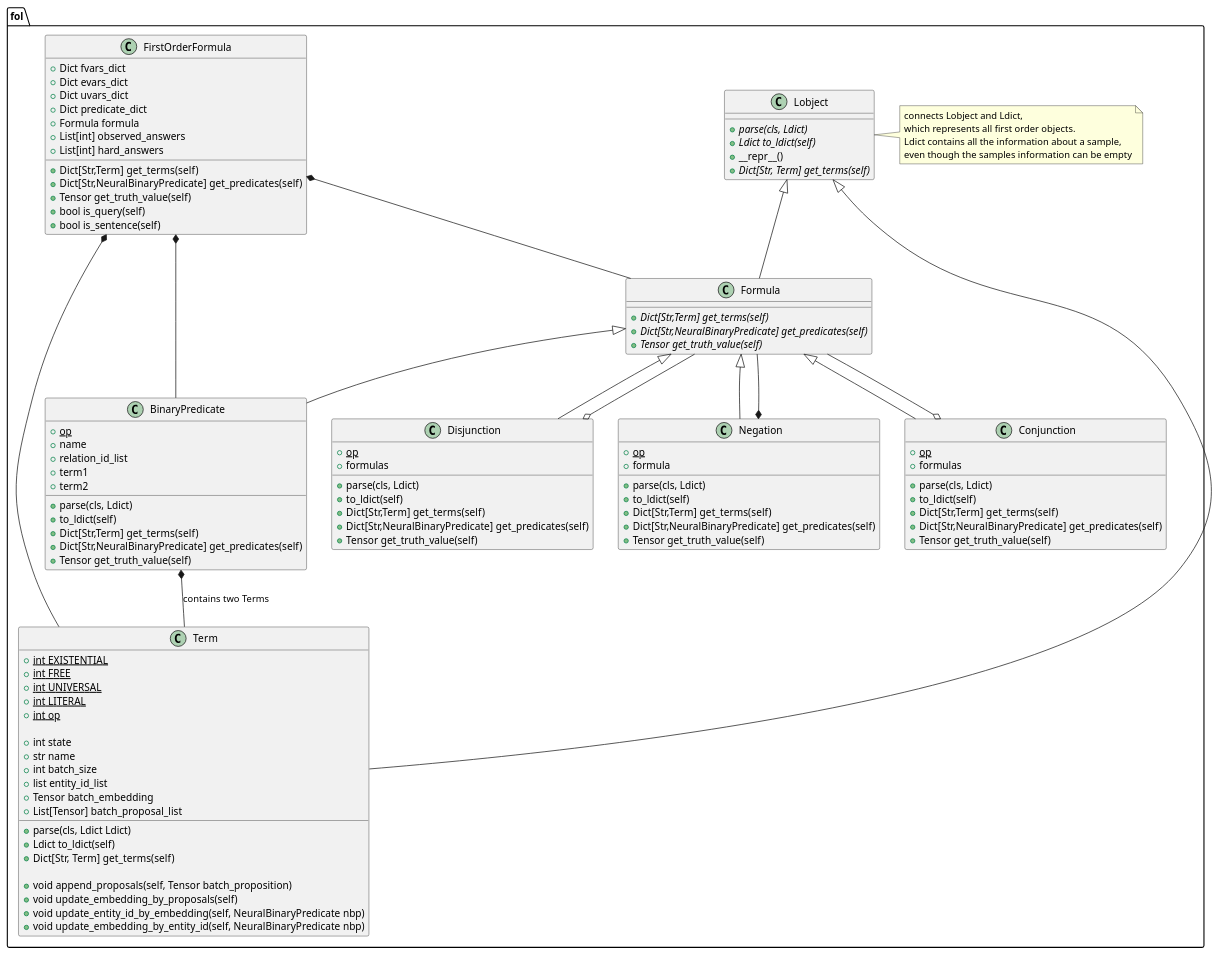
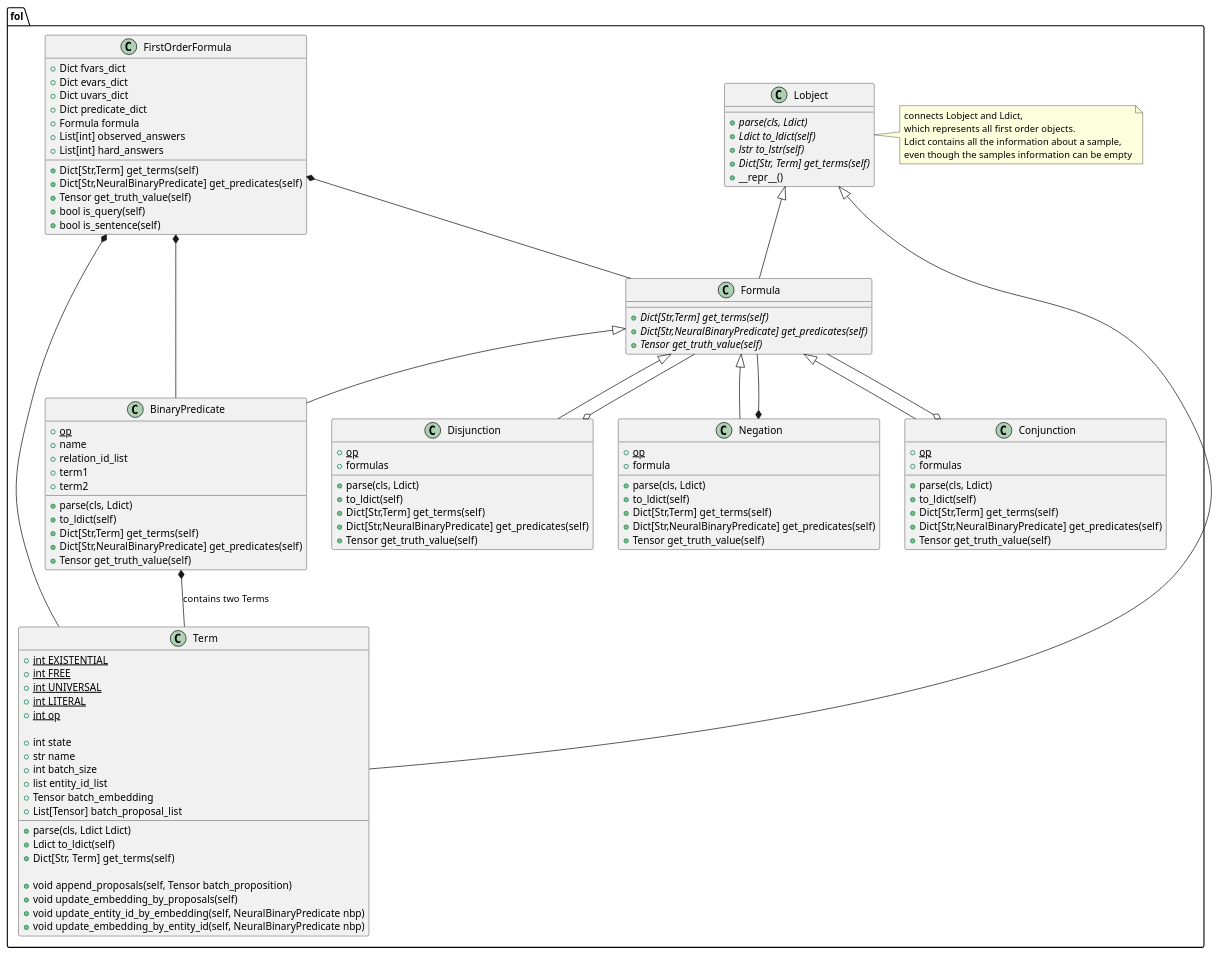
The diagram in design/tvr.pu (rabi-fei/Soft-Queries-on-Uncertain-KG), drawn with PlantUML before and after one commit. The commit also changed 14 other files, not shown here.

```diff
--- a/design/tvr.pu
+++ b/design/tvr.pu
@@ -1,127 +1,128 @@
 @startuml logical formula
 package fol {
 class Lobject {
     + {abstract} parse(cls, Ldict)
     + {abstract} Ldict to_ldict(self)
+    + {abstract} lstr to_lstr(self)
+    + {abstract} Dict[Str, Term] get_terms(self)
     + __repr__()
-    + {abstract} Dict[Str, Term] get_terms(self)
 }
 
 note right
     connects Lobject and Ldict,
     which represents all first order objects.
     Ldict contains all the information about a sample,
     even though the samples information can be empty
 end note
 
 ' TODO
 class Term {
     + {static} int EXISTENTIAL
     + {static} int FREE
     + {static} int UNIVERSAL
     + {static} int LITERAL
     + {static} int op
 
     + int state
     + str name
     + int batch_size
     + list entity_id_list
     + Tensor batch_embedding
     + List[Tensor] batch_proposal_list
 
     + parse(cls, Ldict Ldict)
     + Ldict to_ldict(self)
     + Dict[Str, Term] get_terms(self)
 
     + void append_proposals(self, Tensor batch_proposition)
     + void update_embedding_by_proposals(self)
     + void update_entity_id_by_embedding(self, NeuralBinaryPredicate nbp)
     + void update_embedding_by_entity_id(self, NeuralBinaryPredicate nbp)
 }
 
 Lobject <|-- Term
 
 class Formula {
     + {abstract} Dict[Str,Term] get_terms(self)
     + {abstract} Dict[Str,NeuralBinaryPredicate] get_predicates(self)
     + {abstract} Tensor get_truth_value(self)
 }
 
 Lobject <|-- Formula
 Formula <|-- BinaryPredicate
 
 class BinaryPredicate {
     + {static} op
     + name
     + relation_id_list
     + term1
     + term2
 
     + parse(cls, Ldict)
     + to_ldict(self)
     + Dict[Str,Term] get_terms(self)
     + Dict[Str,NeuralBinaryPredicate] get_predicates(self)
     + Tensor get_truth_value(self)
 }
 
 BinaryPredicate *-- Term : contains two Terms
 
 class Negation {
     + {static} op
     + formula
     + parse(cls, Ldict)
     + to_ldict(self)
     + Dict[Str,Term] get_terms(self)
     + Dict[Str,NeuralBinaryPredicate] get_predicates(self)
     + Tensor get_truth_value(self)
 }
 
 Formula <|-- Negation
 Negation *-- Formula
 
 class Conjunction {
     + {static} op
     + formulas
     + parse(cls, Ldict)
     + to_ldict(self)
     + Dict[Str,Term] get_terms(self)
     + Dict[Str,NeuralBinaryPredicate] get_predicates(self)
     + Tensor get_truth_value(self)
 }
 
 Formula <|-- Conjunction
 Conjunction o-- Formula
 
 class Disjunction {
     + {static} op
     + formulas
     + parse(cls, Ldict)
     + to_ldict(self)
     + Dict[Str,Term] get_terms(self)
     + Dict[Str,NeuralBinaryPredicate] get_predicates(self)
     + Tensor get_truth_value(self)
 }
 
 Formula <|-- Disjunction
 Disjunction o-- Formula
 
 class FirstOrderFormula {
     + Dict fvars_dict
     + Dict evars_dict
     + Dict uvars_dict
     + Dict predicate_dict
     + Formula formula
     + List[int] observed_answers
     + List[int] hard_answers
     + Dict[Str,Term] get_terms(self)
     + Dict[Str,NeuralBinaryPredicate] get_predicates(self)
     + Tensor get_truth_value(self)
     + bool is_query(self)
     + bool is_sentence(self)
 }
 
 FirstOrderFormula *-- Formula
 FirstOrderFormula *-- BinaryPredicate
 FirstOrderFormula *-- Term
 }
 @enduml
```
